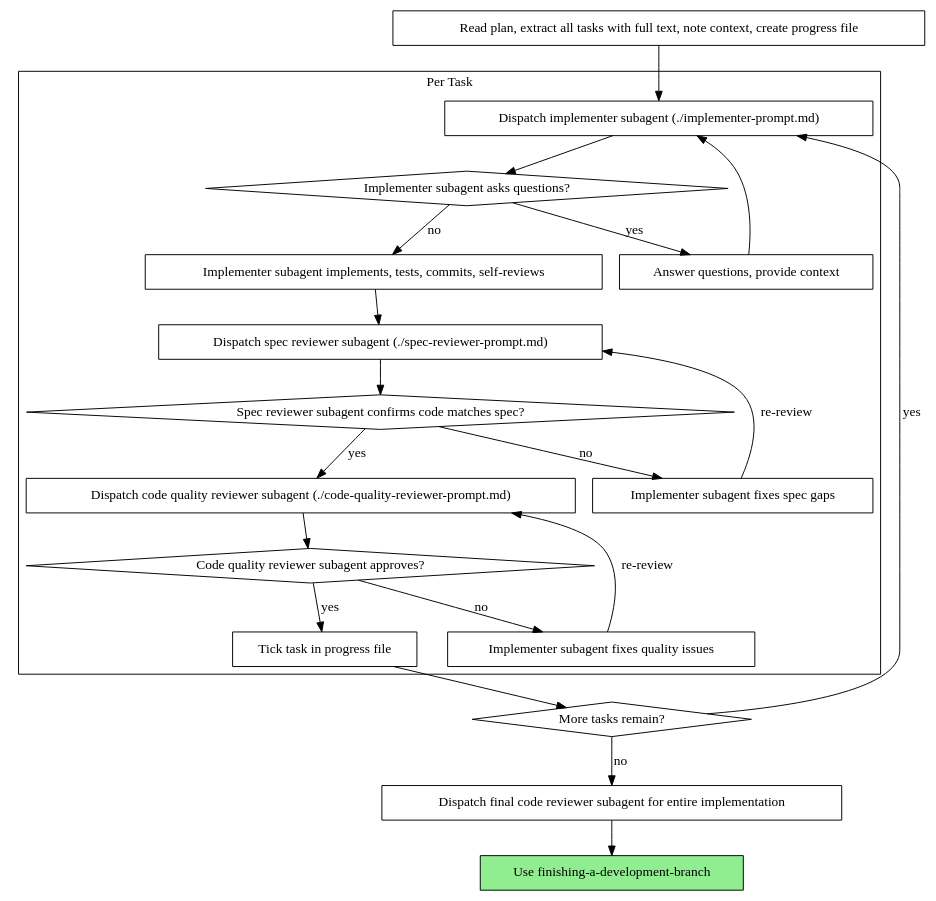
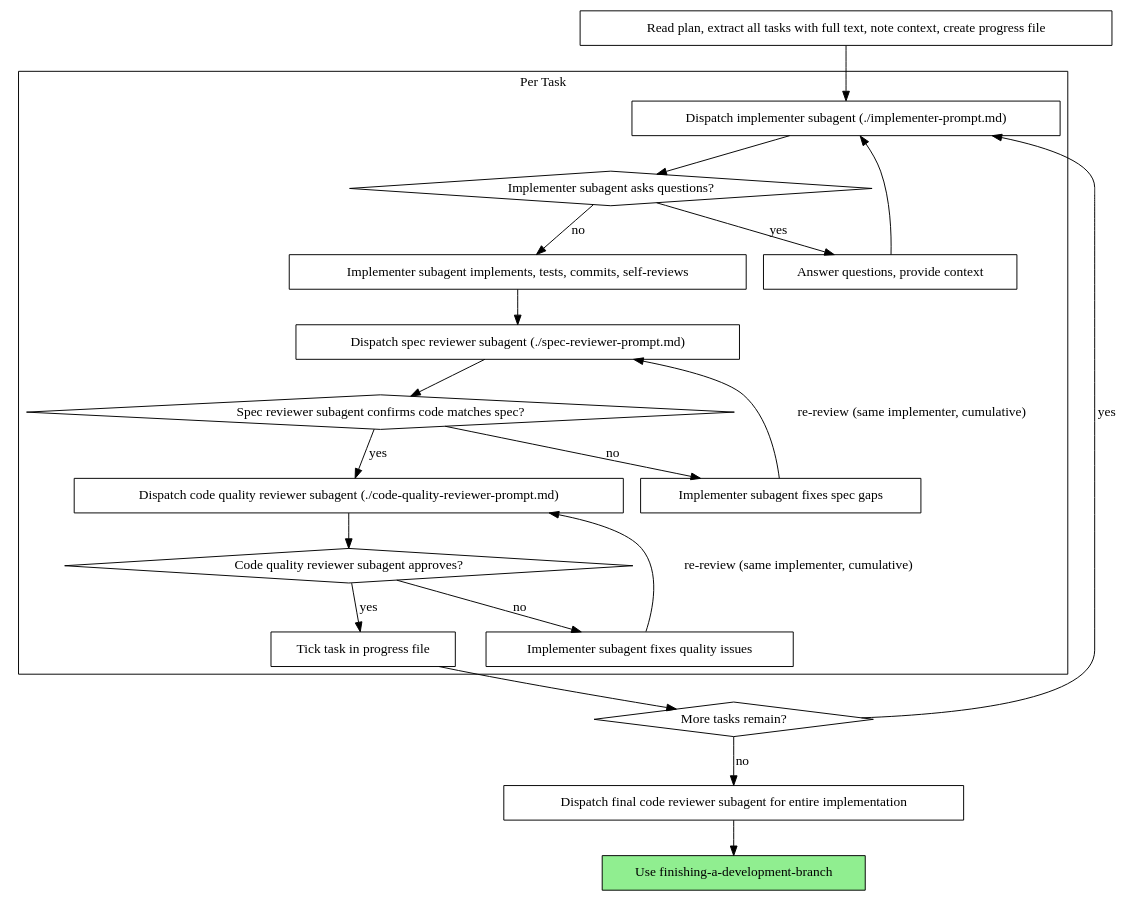
One commit to Ninety2UA/claude-code-blueprint changed the second of 2 diagrams in plugins/claude-code-blueprint/skills/subagent-driven-development/SKILL.md. Above: the diagram before and after it, drawn with Graphviz. The commit also changed other lines of this file and 3 other files, not shown here.

Commit message:
feat(skills): SDD fix loop resumes the same implementer; reuse ladder and never-simplify list (U3)

````diff
--- a/plugins/claude-code-blueprint/skills/subagent-driven-development/SKILL.md
+++ b/plugins/claude-code-blueprint/skills/subagent-driven-development/SKILL.md
@@ -40,44 +40,44 @@
 ```dot
 digraph process {
     rankdir=TB;
 
     subgraph cluster_per_task {
         label="Per Task";
         "Dispatch implementer subagent (./implementer-prompt.md)" [shape=box];
         "Implementer subagent asks questions?" [shape=diamond];
         "Answer questions, provide context" [shape=box];
         "Implementer subagent implements, tests, commits, self-reviews" [shape=box];
         "Dispatch spec reviewer subagent (./spec-reviewer-prompt.md)" [shape=box];
         "Spec reviewer subagent confirms code matches spec?" [shape=diamond];
         "Implementer subagent fixes spec gaps" [shape=box];
         "Dispatch code quality reviewer subagent (./code-quality-reviewer-prompt.md)" [shape=box];
         "Code quality reviewer subagent approves?" [shape=diamond];
         "Implementer subagent fixes quality issues" [shape=box];
         "Tick task in progress file" [shape=box];
     }
 
     "Read plan, extract all tasks with full text, note context, create progress file" [shape=box];
     "More tasks remain?" [shape=diamond];
     "Dispatch final code reviewer subagent for entire implementation" [shape=box];
     "Use finishing-a-development-branch" [shape=box style=filled fillcolor=lightgreen];
 
     "Read plan, extract all tasks with full text, note context, create progress file" -> "Dispatch implementer subagent (./implementer-prompt.md)";
     "Dispatch implementer subagent (./implementer-prompt.md)" -> "Implementer subagent asks questions?";
     "Implementer subagent asks questions?" -> "Answer questions, provide context" [label="yes"];
     "Answer questions, provide context" -> "Dispatch implementer subagent (./implementer-prompt.md)";
     "Implementer subagent asks questions?" -> "Implementer subagent implements, tests, commits, self-reviews" [label="no"];
     "Implementer subagent implements, tests, commits, self-reviews" -> "Dispatch spec reviewer subagent (./spec-reviewer-prompt.md)";
     "Dispatch spec reviewer subagent (./spec-reviewer-prompt.md)" -> "Spec reviewer subagent confirms code matches spec?";
     "Spec reviewer subagent confirms code matches spec?" -> "Implementer subagent fixes spec gaps" [label="no"];
-    "Implementer subagent fixes spec gaps" -> "Dispatch spec reviewer subagent (./spec-reviewer-prompt.md)" [label="re-review"];
+    "Implementer subagent fixes spec gaps" -> "Dispatch spec reviewer subagent (./spec-reviewer-prompt.md)" [label="re-review (same implementer, cumulative)"];
     "Spec reviewer subagent confirms code matches spec?" -> "Dispatch code quality reviewer subagent (./code-quality-reviewer-prompt.md)" [label="yes"];
     "Dispatch code quality reviewer subagent (./code-quality-reviewer-prompt.md)" -> "Code quality reviewer subagent approves?";
     "Code quality reviewer subagent approves?" -> "Implementer subagent fixes quality issues" [label="no"];
-    "Implementer subagent fixes quality issues" -> "Dispatch code quality reviewer subagent (./code-quality-reviewer-prompt.md)" [label="re-review"];
+    "Implementer subagent fixes quality issues" -> "Dispatch code quality reviewer subagent (./code-quality-reviewer-prompt.md)" [label="re-review (same implementer, cumulative)"];
     "Code quality reviewer subagent approves?" -> "Tick task in progress file" [label="yes"];
     "Tick task in progress file" -> "More tasks remain?";
     "More tasks remain?" -> "Dispatch implementer subagent (./implementer-prompt.md)" [label="yes"];
     "More tasks remain?" -> "Dispatch final code reviewer subagent for entire implementation" [label="no"];
     "Dispatch final code reviewer subagent for entire implementation" -> "Use finishing-a-development-branch";
 }
 ```
````
